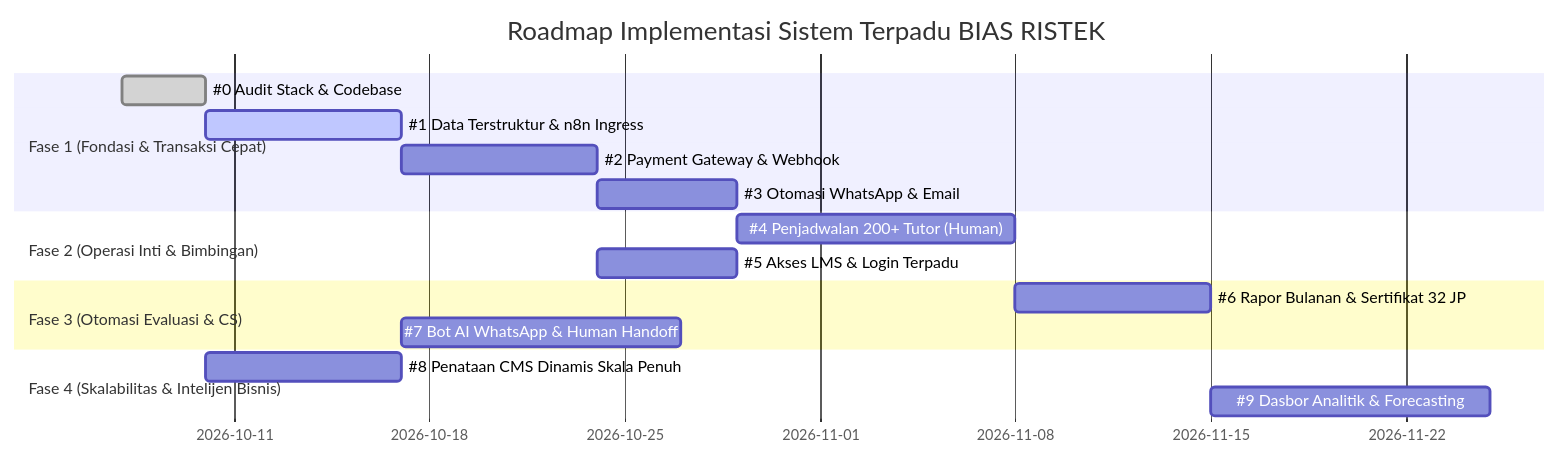
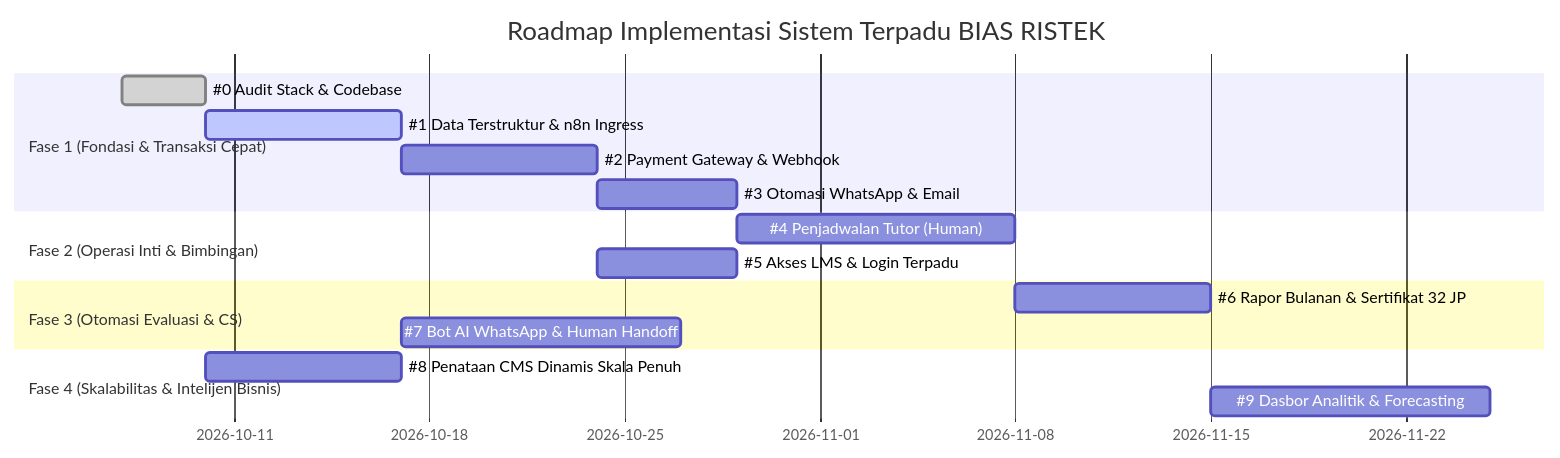
Before and after one commit to chocolatecodelab/sahabat-belajar-app: the fifth of 5 diagrams in PRD.md, drawn with Mermaid. The commit also changed other lines of this file and 51 other files, not shown here.

````diff
--- a/PRD.md
+++ b/PRD.md
@@ -658,19 +658,19 @@
 ```mermaid
 gantt
     title Roadmap Implementasi Sistem Terpadu BIAS RISTEK
     dateFormat  YYYY-MM-DD
     section Fase 1 (Fondasi & Transaksi Cepat)
     #0 Audit Stack & Codebase           :done, f0, 2026-10-07, 3d
     #1 Data Terstruktur & n8n Ingress   :active, f1, after f0, 7d
     #2 Payment Gateway & Webhook        :f2, after f1, 7d
     #3 Otomasi WhatsApp & Email         :f3, after f2, 5d
     section Fase 2 (Operasi Inti & Bimbingan)
-    #4 Penjadwalan 200+ Tutor (Human)   :f4, after f3, 10d
+    #4 Penjadwalan Tutor (Human)        :f4, after f3, 10d
     #5 Akses LMS & Login Terpadu        :f5, after f2, 5d
     section Fase 3 (Otomasi Evaluasi & CS)
     #6 Rapor Bulanan & Sertifikat 32 JP :f6, after f4, 7d
     #7 Bot AI WhatsApp & Human Handoff  :f7, after f1, 10d
     section Fase 4 (Skalabilitas & Intelijen Bisnis)
     #8 Penataan CMS Dinamis Skala Penuh :f8, after f0, 7d
     #9 Dasbor Analitik & Forecasting    :f9, after f6, 10d
 ```
````
